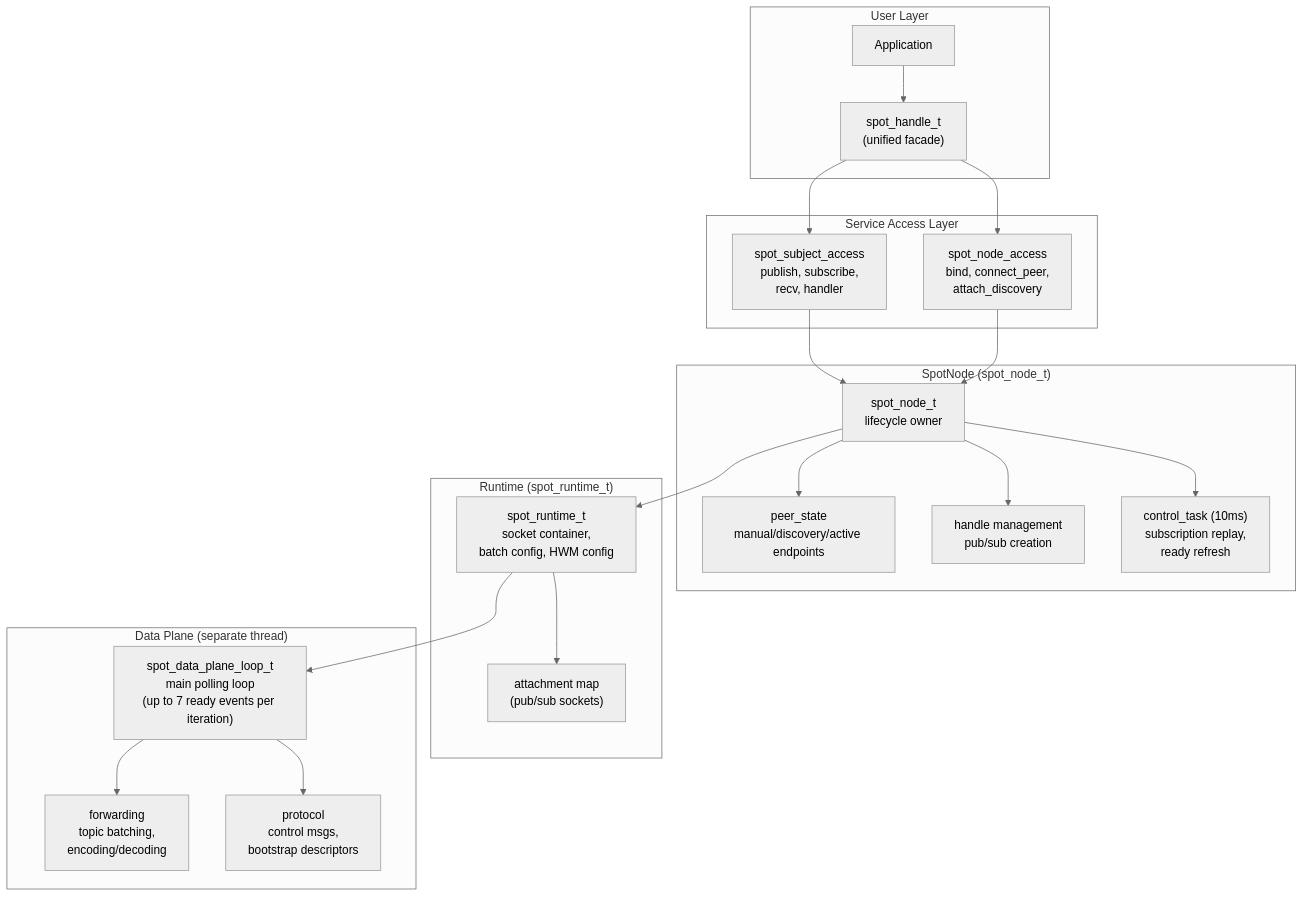
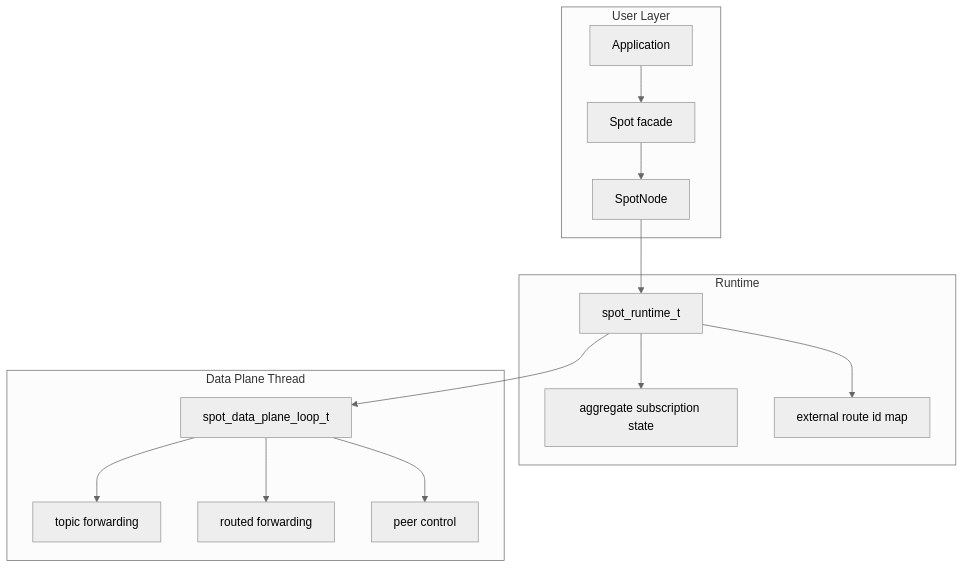
One commit to kairos-code-dev/zlink changed the first of 5 diagrams in doc/internals/spot-internals.md. Above: the diagram before and after it, drawn with Mermaid (neutral theme). The commit also changed other lines of this file and 117 other files, not shown here.

````diff
--- a/doc/internals/spot-internals.md
+++ b/doc/internals/spot-internals.md
@@ -7,44 +11,31 @@
 ```mermaid
 flowchart TB
     subgraph UserLayer["User Layer"]
         app["Application"]
-        spot_handle["spot_handle_t<br/>(unified facade)"]
+        spot["Spot facade"]
+        node["SpotNode"]
     end
 
-    subgraph AccessLayer["Service Access Layer"]
-        subject_access["spot_subject_access<br/>publish, subscribe,<br/>recv, handler"]
-        node_access["spot_node_access<br/>bind, connect_peer,<br/>attach_discovery"]
+    subgraph RuntimeLayer["Runtime"]
+        runtime["spot_runtime_t"]
+        agg["aggregate subscription state"]
+        route_ids["external route id map"]
     end
 
-    subgraph NodeLayer["SpotNode (spot_node_t)"]
-        node_core["spot_node_t<br/>lifecycle owner"]
-        peer_state["peer_state<br/>manual/discovery/active endpoints"]
-        handles["handle management<br/>pub/sub creation"]
-        control_task["control_task (10ms)<br/>subscription replay,<br/>ready refresh"]
+    subgraph DataPlane["Data Plane Thread"]
+        loop["spot_data_plane_loop_t"]
+        topic["topic forwarding"]
+        routed["routed forwarding"]
+        control["peer control"]
     end
 
-    subgraph RuntimeLayer["Runtime (spot_runtime_t)"]
-        runtime["spot_runtime_t<br/>socket container,<br/>batch config, HWM config"]
-        attachments["attachment map<br/>(pub/sub sockets)"]
-    end
-
-    subgraph DataPlaneLayer["Data Plane (separate thread)"]
-        dp_loop["spot_data_plane_loop_t<br/>main polling loop<br/>(up to 7 ready events per iteration)"]
-        dp_fwd["forwarding<br/>topic batching,<br/>encoding/decoding"]
-        dp_proto["protocol<br/>control msgs,<br/>bootstrap descriptors"]
-    end
-
-    app --> spot_handle
-    spot_handle --> subject_access
-    spot_handle --> node_access
-    subject_access --> node_core
-    node_access --> node_core
-    node_core --> peer_state
-    node_core --> handles
-    node_core --> control_task
-    node_core --> runtime
-    runtime --> attachments
-    runtime --> dp_loop
-    dp_loop --> dp_fwd
-    dp_loop --> dp_proto
+    app --> spot
+    spot --> node
+    node --> runtime
+    runtime --> agg
+    runtime --> route_ids
+    runtime --> loop
+    loop --> topic
+    loop --> routed
+    loop --> control
 ```
````
